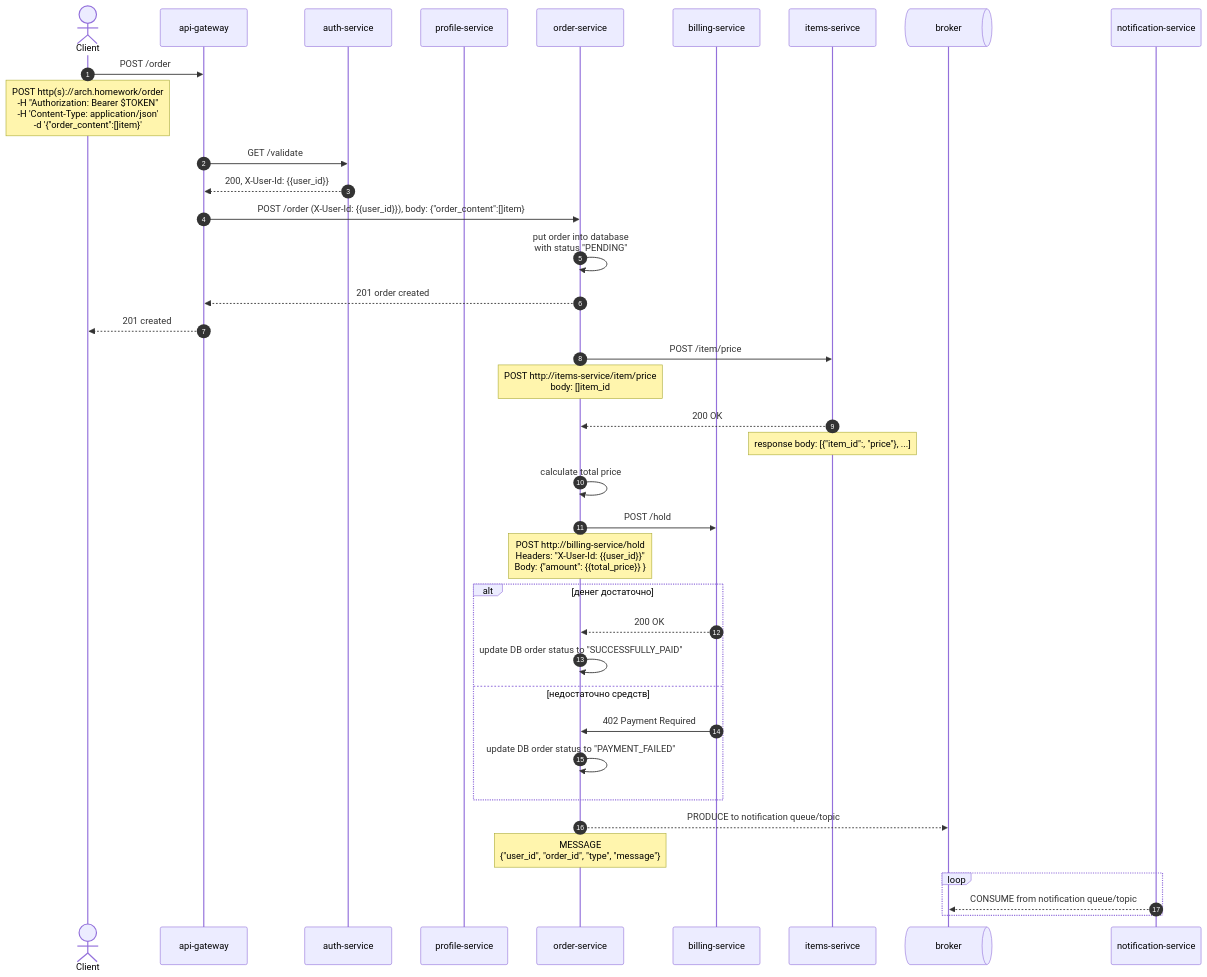
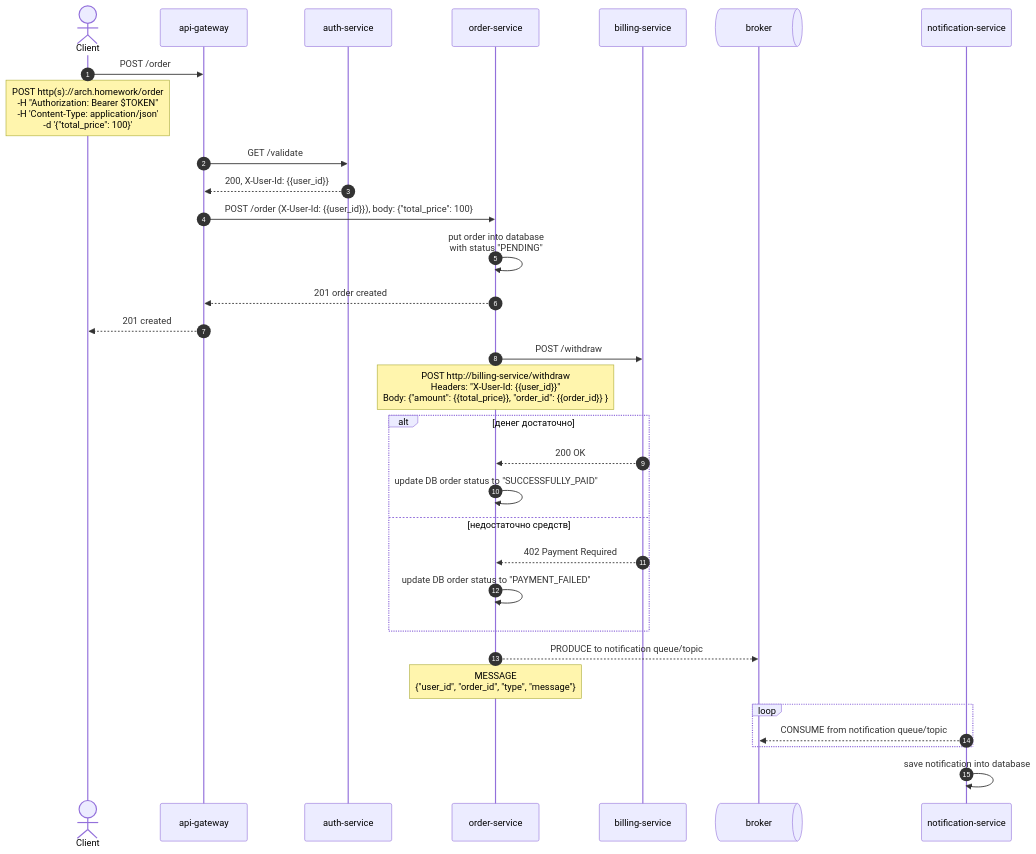
Before and after one commit to n-mark/interaction: the third of 5 diagrams in README.md, drawn with Mermaid. The commit also changed other lines of this file and 10 other files, not shown here.

````diff
--- a/README.md
+++ b/README.md
@@ -90,46 +94,36 @@
 ```mermaid
 sequenceDiagram
     autonumber
     actor C as Client
     participant AG as api-gateway
     participant A as auth-service
-    participant P as profile-service
     participant O as order-service
     participant B as billing-service
-    participant I as items-serivce
     participant broker@{ "type" : "queue" }
     participant N as notification-service
-    %% box external
-    %% participant E as ext-email
-    %% end
 
     C->>AG: POST /order
-    Note over C: POST http(s)://arch.homework/order <br/> -H "Authorization: Bearer $TOKEN"  <br/> -H 'Content-Type: application/json' <br/> -d '{"order_content":[]item}'
-    %% activate P
+    Note over C: POST http(s)://arch.homework/order <br/> -H "Authorization: Bearer $TOKEN"  <br/> -H 'Content-Type: application/json' <br/> -d '{"total_price": 100}'
     AG->>A: GET /validate
     A-->>AG: 200, X-User-Id: {{user_id}}
-    AG->>O: POST /order (X-User-Id: {{user_id}}), body: {"order_content":[]item}
+    AG->>O: POST /order (X-User-Id: {{user_id}}), body: {"total_price": 100}
     O->>O: put order into database <br/> with status "PENDING"
     O-->>AG: 201 order created
     AG-->>C: 201 created
-    O->>I: POST /item/price
-    Note over O: POST http://items-service/item/price <br/> body: []item_id
-    I-->>O: 200 OK
-    Note over I: response body: [{"item_id":, "price"}, ...]
-    O->>O: calculate total price
 
-    O->>B: POST /hold
-    Note over O: POST http://billing-service/hold <br/> Headers: "X-User-Id: {{user_id}}" <br/> Body: {"amount": {{total_price}} }
+    O->>B: POST /withdraw
+    Note over O: POST http://billing-service/withdraw <br/> Headers: "X-User-Id: {{user_id}}" <br/> Body: {"amount": {{total_price}}, "order_id": {{order_id}} }
     alt денег достаточно
         B-->>O: 200 OK
         O->>O: update DB order status to "SUCCESSFULLY_PAID"
     else недостаточно средств
-        B->>O: 402 Payment Required
+        B-->>O: 402 Payment Required
         O->>O: update DB order status to "PAYMENT_FAILED"
     end
     O-->>broker: PRODUCE to notification queue/topic
         Note over O: MESSAGE <br/> {"user_id", "order_id", "type", "message"}
     loop
     N-->>broker: CONSUME from notification queue/topic
     end
+    N->>N: save notification into database
 ```
````
